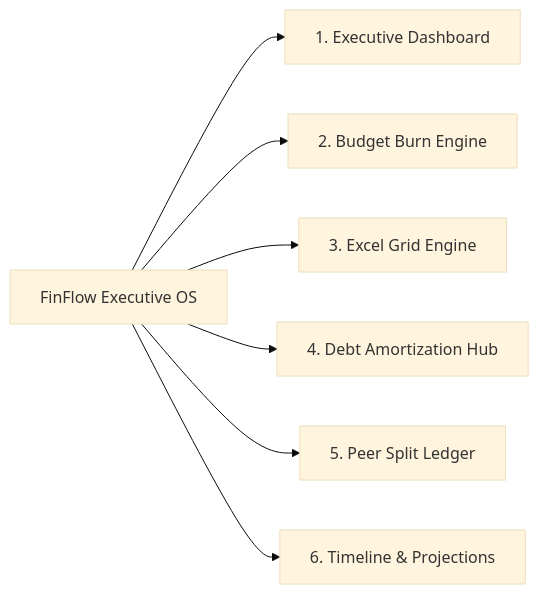
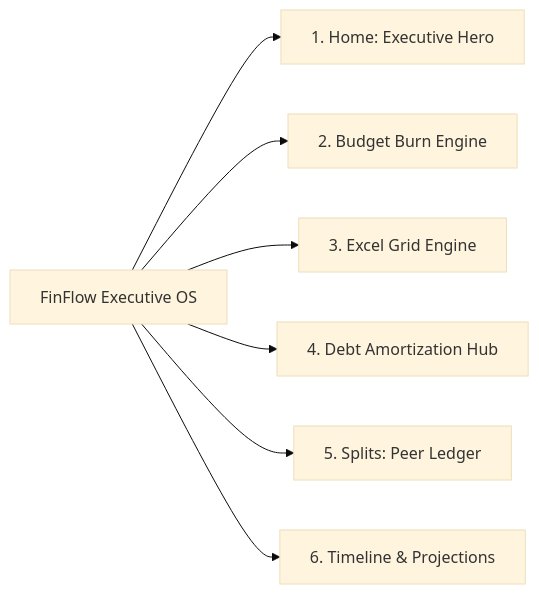
One commit to Priyanshu-Agrawal/finflow-executive changed the second of 5 diagrams in docs/PRODUCT_DOCUMENTATION.md. Above: the diagram before and after it, drawn with Mermaid (base theme). The commit also changed other lines of this file and 2 other files, not shown here.

````diff
--- a/docs/PRODUCT_DOCUMENTATION.md
+++ b/docs/PRODUCT_DOCUMENTATION.md
@@ -116,9 +121,9 @@
 ```mermaid
 graph LR
-    A["FinFlow Executive OS"] --> B["1. Executive Dashboard"]
+    A["FinFlow Executive OS"] --> B["1. Home: Executive Hero"]
     A --> C["2. Budget Burn Engine"]
     A --> D["3. Excel Grid Engine"]
     A --> E["4. Debt Amortization Hub"]
-    A --> F["5. Peer Split Ledger"]
+    A --> F["5. Splits: Peer Ledger"]
     A --> G["6. Timeline & Projections"]
 ```
````
